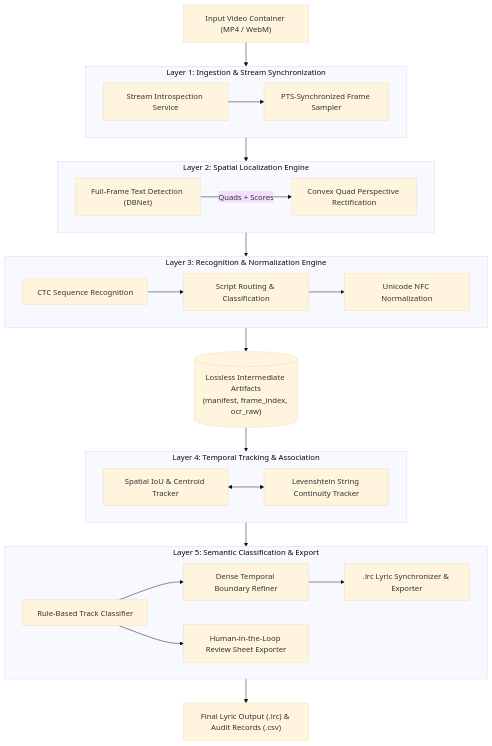
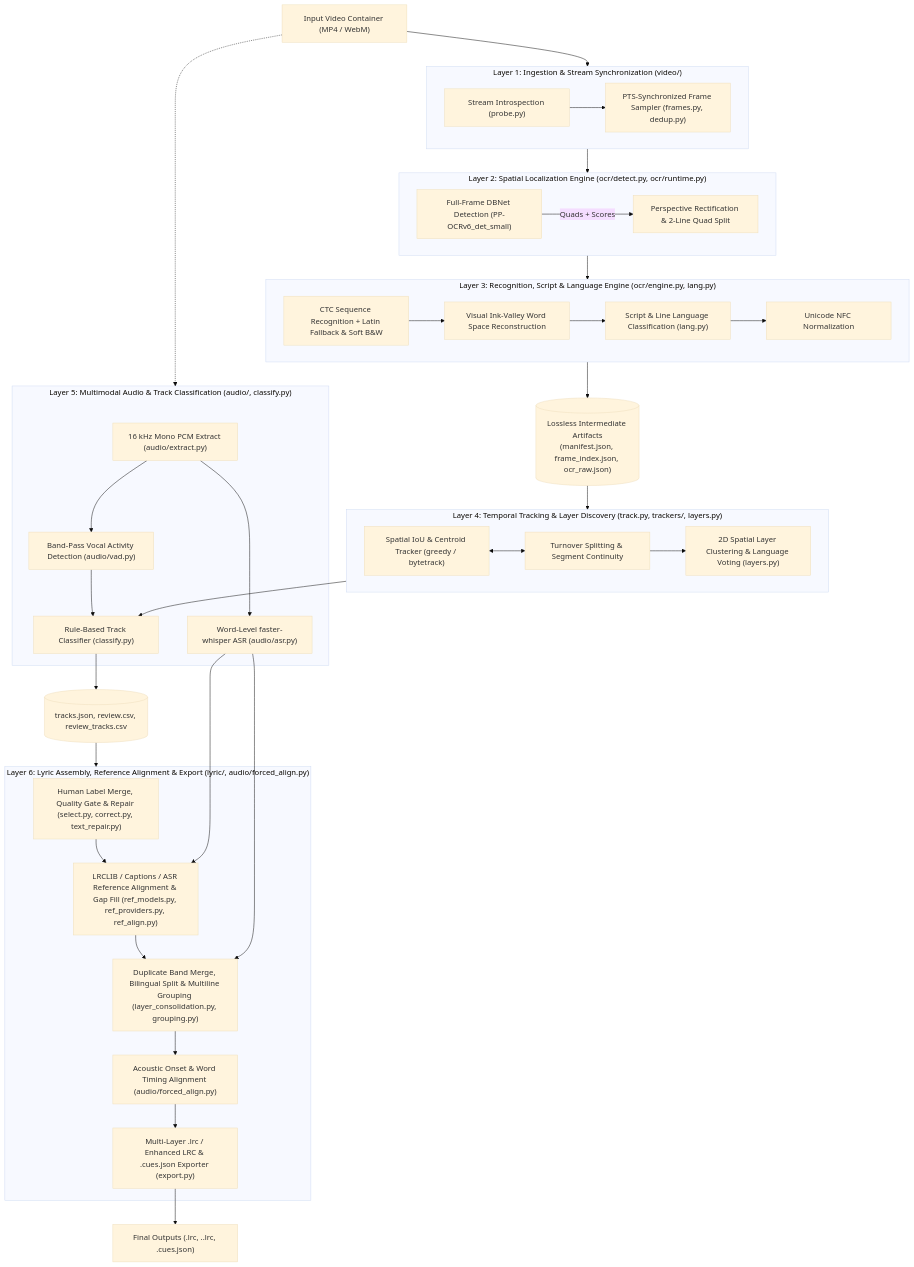
The first of 3 diagrams in doc/ARCHITECTURE.md (vincentlalo-long/lyra-ocr), drawn with Mermaid (base theme) before and after one commit. The commit also changed other lines of this file and 2 other files, not shown here.

Commit message:
docs(arch,spec): update architecture and specification docs and add language support matrix

````diff
--- a/doc/ARCHITECTURE.md
+++ b/doc/ARCHITECTURE.md
@@ -21,53 +21,74 @@
 ```mermaid
 flowchart TD
-    Video["Input Video Container (MP4 / WebM)"] --> IngestionLayer["1. Ingestion & Stream Synchronization"]
-    
-    subgraph IngestionLayer ["Layer 1: Ingestion & Stream Synchronization"]
-        ProbeService["Stream Introspection Service"]
-        PtsSampler["PTS-Synchronized Frame Sampler"]
+    Video["Input Video Container (MP4 / WebM)"] --> IngestionLayer
+
+    subgraph IngestionLayer ["Layer 1: Ingestion & Stream Synchronization (video/)"]
+        ProbeService["Stream Introspection (probe.py)"]
+        PtsSampler["PTS-Synchronized Frame Sampler (frames.py, dedup.py)"]
         ProbeService --> PtsSampler
     end
-    
-    IngestionLayer --> VisionLayer["2. Spatial Localization Engine"]
-    
-    subgraph VisionLayer ["Layer 2: Spatial Localization Engine"]
-        DetEngine["Full-Frame Text Detection (DBNet)"]
-        QuadTransformer["Convex Quad Perspective Rectification"]
+
+    IngestionLayer --> VisionLayer
+
+    subgraph VisionLayer ["Layer 2: Spatial Localization Engine (ocr/detect.py, ocr/runtime.py)"]
+        DetEngine["Full-Frame DBNet Detection (PP-OCRv6_det_small)"]
+        QuadTransformer["Perspective Rectification & 2-Line Quad Split"]
         DetEngine -->|"Quads + Scores"| QuadTransformer
     end
-    
-    VisionLayer --> RecogLayer["3. Recognition & Normalization Engine"]
-    
-    subgraph RecogLayer ["Layer 3: Recognition & Normalization Engine"]
-        RecEngine["CTC Sequence Recognition"]
-        ScriptClassifier["Script Routing & Classification"]
+
+    VisionLayer --> RecogLayer
+
+    subgraph RecogLayer ["Layer 3: Recognition, Script & Language Engine (ocr/engine.py, lang.py)"]
+        RecEngine["CTC Sequence Recognition + Latin Fallback & Soft B&W"]
+        SpaceRebuilder["Visual Ink-Valley Word Space Reconstruction"]
+        ScriptClassifier["Script & Line Language Classification (lang.py)"]
         UnicodeNormalizer["Unicode NFC Normalization"]
-        RecEngine --> ScriptClassifier
+        RecEngine --> SpaceRebuilder
+        SpaceRebuilder --> ScriptClassifier
         ScriptClassifier --> UnicodeNormalizer
     end
-    
-    RecogLayer --> IntermediateStore[("Lossless Intermediate Artifacts<br/>(manifest, frame_index, ocr_raw)")]
-    
-    IntermediateStore --> TemporalLayer["4. Temporal Tracking & Association"]
-    
-    subgraph TemporalLayer ["Layer 4: Temporal Tracking & Association"]
-        SpatialTracker["Spatial IoU & Centroid Tracker"]
-        TextContinuity["Levenshtein String Continuity Tracker"]
+
+    RecogLayer --> IntermediateStore[("Lossless Intermediate Artifacts<br/>(manifest.json, frame_index.json, ocr_raw.json)")]
+
+    IntermediateStore --> TemporalLayer
+
+    subgraph TemporalLayer ["Layer 4: Temporal Tracking & Layer Discovery (track.py, trackers/, layers.py)"]
+        SpatialTracker["Spatial IoU & Centroid Tracker (greedy / bytetrack)"]
+        TextContinuity["Turnover Splitting & Segment Continuity"]
+        LayerDiscovery["2D Spatial Layer Clustering & Language Voting (layers.py)"]
         SpatialTracker <--> TextContinuity
+        TextContinuity --> LayerDiscovery
     end
-    
-    TemporalLayer --> ExportLayer["5. Semantic Classification & Export"]
-    
-    subgraph ExportLayer ["Layer 5: Semantic Classification & Export"]
-        TrackClassifier["Rule-Based Track Classifier"]
-        BoundaryRefiner["Dense Temporal Boundary Refiner"]
-        LrcEmitter[".lrc Lyric Synchronizer & Exporter"]
-        ReviewEmitter["Human-in-the-Loop Review Sheet Exporter"]
-        
-        TrackClassifier --> BoundaryRefiner
-        BoundaryRefiner --> LrcEmitter
-        TrackClassifier --> ReviewEmitter
+
+    Video -.-> AudioLayer
+
+    subgraph AudioLayer ["Layer 5: Multimodal Audio & Track Classification (audio/, classify.py)"]
+        AudioExtract["16 kHz Mono PCM Extract (audio/extract.py)"]
+        VocalVAD["Band-Pass Vocal Activity Detection (audio/vad.py)"]
+        WordASR["Word-Level faster-whisper ASR (audio/asr.py)"]
+        TrackClassifier["Rule-Based Track Classifier (classify.py)"]
+        AudioExtract --> VocalVAD
+        AudioExtract --> WordASR
+        VocalVAD --> TrackClassifier
     end
-    
-    ExportLayer --> FinalOutput["Final Lyric Output (.lrc) & Audit Records (.csv)"]
+
+    TemporalLayer --> TrackClassifier
+    TrackClassifier --> TrackStore[("tracks.json, review.csv, review_tracks.csv")]
+    TrackStore --> LyricLayer
+
+    subgraph LyricLayer ["Layer 6: Lyric Assembly, Reference Alignment & Export (lyric/, audio/forced_align.py)"]
+        CueSelector["Human Label Merge, Quality Gate & Repair (select.py, correct.py, text_repair.py)"]
+        RefAlign["LRCLIB / Captions / ASR Reference Alignment & Gap Fill (ref_models.py, ref_providers.py, ref_align.py)"]
+        Consolidation["Duplicate Band Merge, Bilingual Split & Multiline Grouping (layer_consolidation.py, grouping.py)"]
+        ForcedAlign["Acoustic Onset & Word Timing Alignment (audio/forced_align.py)"]
+        LrcEmitter["Multi-Layer .lrc / Enhanced LRC & .cues.json Exporter (export.py)"]
+        CueSelector --> RefAlign
+        RefAlign --> Consolidation
+        Consolidation --> ForcedAlign
+        ForcedAlign --> LrcEmitter
+    end
+
+    WordASR --> Consolidation
+    WordASR --> RefAlign
+    LrcEmitter --> FinalOutput["Final Outputs (.lrc, .<lang>.lrc, .cues.json)"]
 ```
````
